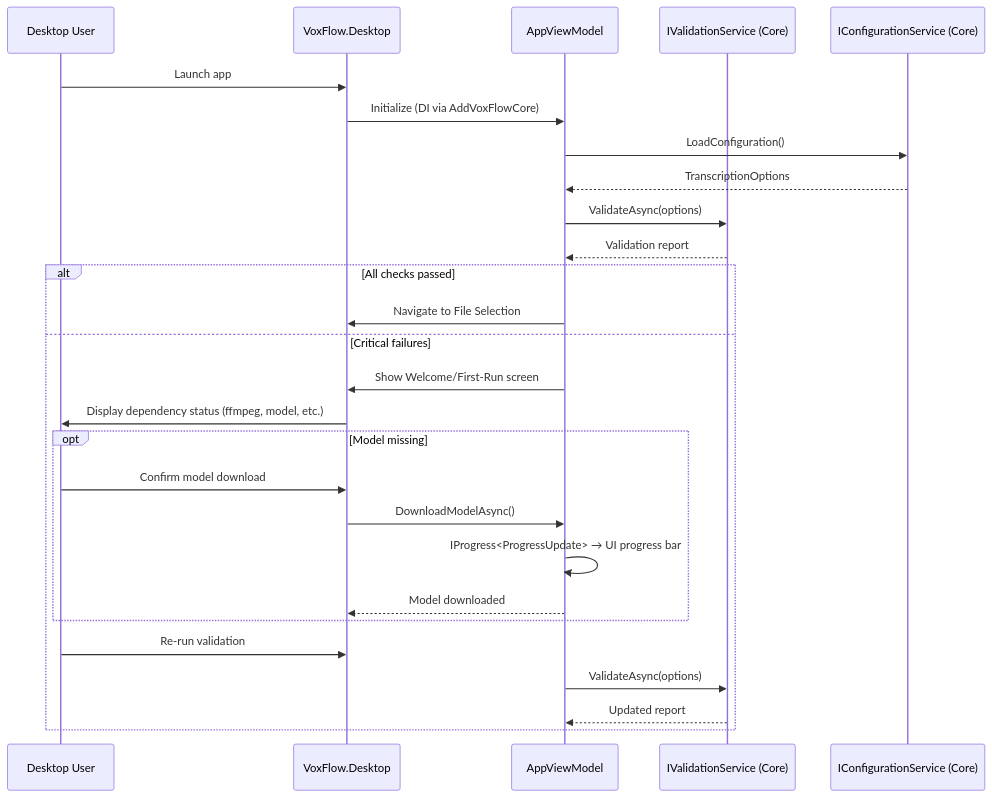
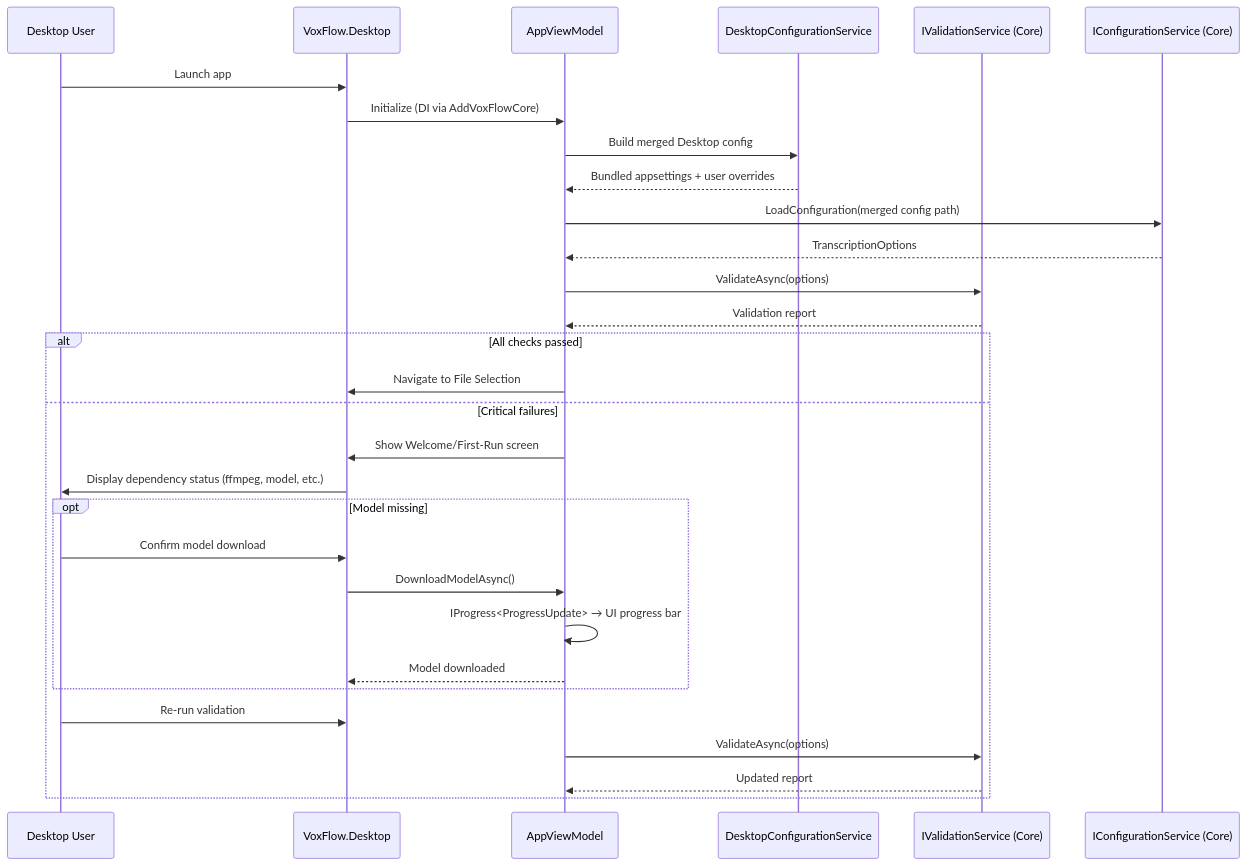
One commit to artemsemdev/VoxFlow changed the sixth of 7 diagrams in docs/architecture/04-runtime-sequences.md. Above: the diagram before and after it, drawn with Mermaid. The commit also changed other lines of this file and 4 other files, not shown here.

Commit message:
docs: Update architecture and README for shared core and host details

````diff
--- a/docs/architecture/04-runtime-sequences.md
+++ b/docs/architecture/04-runtime-sequences.md
@@ -196,35 +196,39 @@
 ```mermaid
 sequenceDiagram
     participant User as Desktop User
     participant Desktop as VoxFlow.Desktop
     participant VM as AppViewModel
+    participant DesktopConfig as DesktopConfigurationService
     participant IValidation as IValidationService (Core)
     participant IConfig as IConfigurationService (Core)
 
     User->>Desktop: Launch app
     Desktop->>VM: Initialize (DI via AddVoxFlowCore)
 
-    VM->>IConfig: LoadConfiguration()
+    VM->>DesktopConfig: Build merged Desktop config
+    DesktopConfig-->>VM: Bundled appsettings + user overrides
+
+    VM->>IConfig: LoadConfiguration(merged config path)
     IConfig-->>VM: TranscriptionOptions
 
     VM->>IValidation: ValidateAsync(options)
     IValidation-->>VM: Validation report
 
     alt All checks passed
         VM->>Desktop: Navigate to File Selection
     else Critical failures
         VM->>Desktop: Show Welcome/First-Run screen
         Desktop->>User: Display dependency status (ffmpeg, model, etc.)
 
         opt Model missing
             User->>Desktop: Confirm model download
             Desktop->>VM: DownloadModelAsync()
             VM->>VM: IProgress<ProgressUpdate> → UI progress bar
             VM-->>Desktop: Model downloaded
         end
 
         User->>Desktop: Re-run validation
         VM->>IValidation: ValidateAsync(options)
         IValidation-->>VM: Updated report
     end
 ```
````
